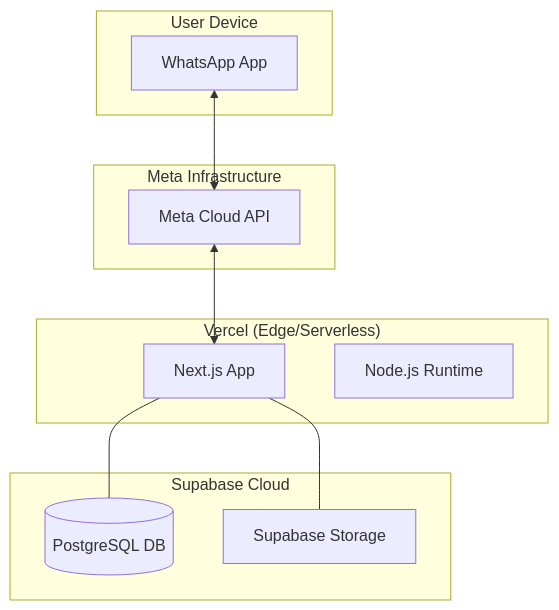
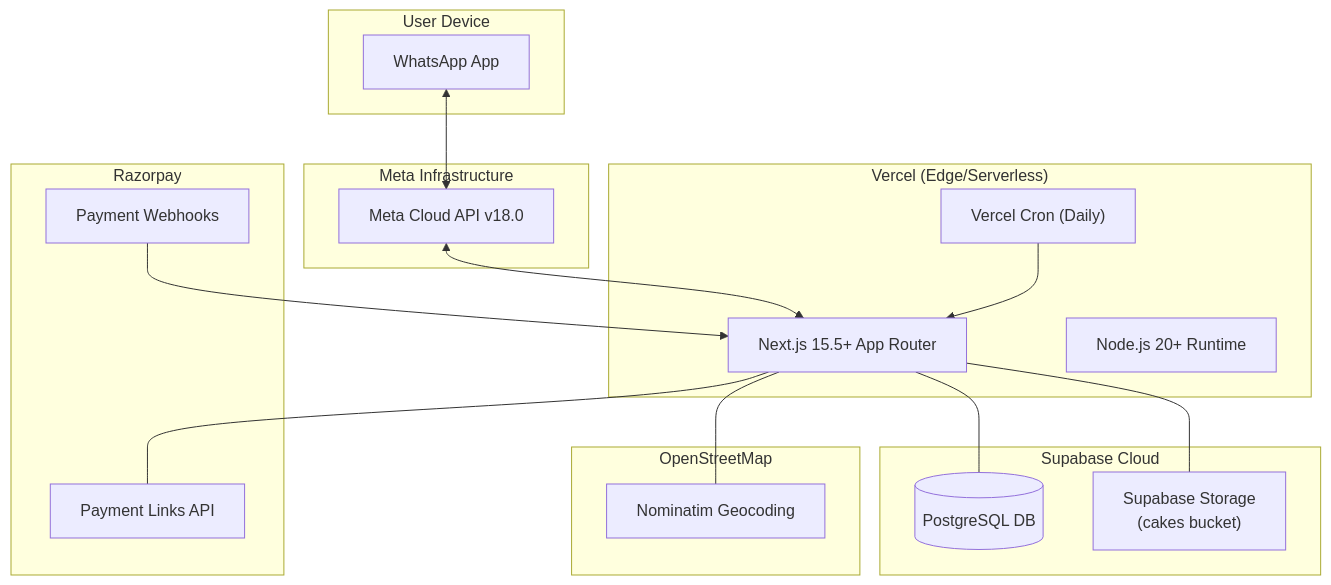
Before and after one commit to SoumyaAmminabhavi/Sonnas: the ninth of 10 diagrams in docs/whatsapp-bot/uml-comprehensive.md, drawn with Mermaid. The commit also changed other lines of this file and 3 other files, not shown here.

````diff
--- a/docs/whatsapp-bot/uml-comprehensive.md
+++ b/docs/whatsapp-bot/uml-comprehensive.md
@@ -227,25 +517,39 @@
 ```mermaid
 graph TD
     subgraph User_Device ["User Device"]
         WA[WhatsApp App]
     end
     
     subgraph Meta_Infra ["Meta Infrastructure"]
-        CloudAPI[Meta Cloud API]
+        CloudAPI[Meta Cloud API v18.0]
     end
     
     subgraph Vercel_Platform ["Vercel (Edge/Serverless)"]
-        NextJS[Next.js App]
-        Node[Node.js Runtime]
+        NextJS["Next.js 15.5+ App Router"]
+        Node["Node.js 20+ Runtime"]
+        Cron["Vercel Cron (Daily)"]
     end
     
     subgraph Supabase_Cloud ["Supabase Cloud"]
         PG[(PostgreSQL DB)]
-        Storage[Supabase Storage]
+        Storage["Supabase Storage<br/>(cakes bucket)"]
+    end
+    
+    subgraph Razorpay_Infra ["Razorpay"]
+        RZP_API["Payment Links API"]
+        RZP_WH["Payment Webhooks"]
+    end
+    
+    subgraph OSM ["OpenStreetMap"]
+        Nominatim["Nominatim Geocoding"]
     end
     
     WA <--> CloudAPI
     CloudAPI <--> NextJS
     NextJS --- PG
     NextJS --- Storage
+    NextJS --- RZP_API
+    RZP_WH --> NextJS
+    Cron --> NextJS
+    NextJS --- Nominatim
 ```
````
